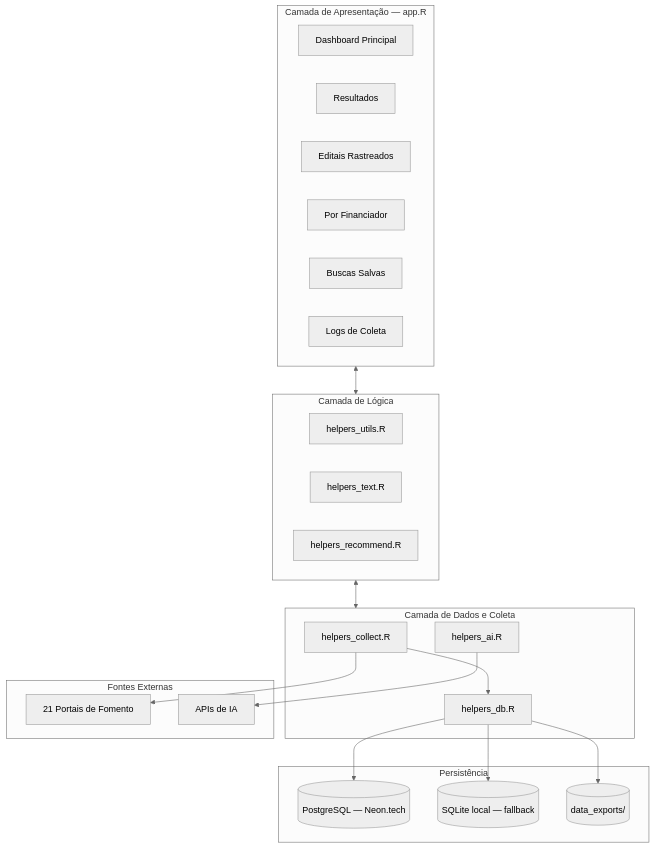
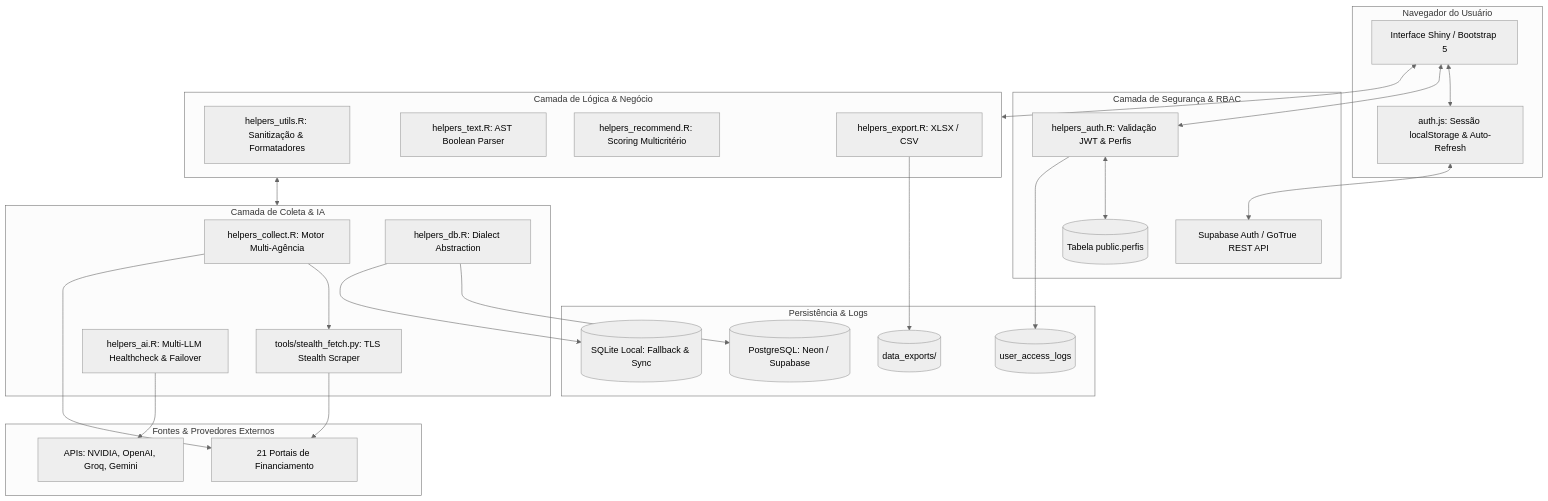
Before and after one commit to NEI-Senai-Cimatec/funding_intelligence: the diagram in README.md, drawn with Mermaid (neutral theme). The commit also changed other lines of this file and 6 other files, not shown here.

````diff
--- a/README.md
+++ b/README.md
@@ -73,43 +86,54 @@
 ```mermaid
 flowchart TD
-    subgraph UI [Camada de Apresentação — app.R]
-        Dashboard[Dashboard Principal]
-        TabResultados[Resultados]
-        TabRastreados[Editais Rastreados]
-        TabFinanciador[Por Financiador]
-        TabBuscas[Buscas Salvas]
-        TabLogs[Logs de Coleta]
+    subgraph Client [Navegador do Usuário]
+        UI[Interface Shiny / Bootstrap 5]
+        AuthJS[auth.js: Sessão localStorage & Auto-Refresh]
     end
 
-    subgraph Core [Camada de Lógica]
-        Utils[helpers_utils.R]
-        TextSearch[helpers_text.R]
-        Recommend[helpers_recommend.R]
+    subgraph Auth [Camada de Segurança & RBAC]
+        GoTrue[Supabase Auth / GoTrue REST API]
+        HelpersAuth[helpers_auth.R: Validação JWT & Perfis]
+        PerfisDB[(Tabela public.perfis)]
     end
 
-    subgraph Data [Camada de Dados e Coleta]
-        Collect[helpers_collect.R]
-        DB[helpers_db.R]
-        AI[helpers_ai.R]
+    subgraph Core [Camada de Lógica & Negócio]
+        Utils[helpers_utils.R: Sanitização & Formatadores]
+        TextSearch[helpers_text.R: AST Boolean Parser]
+        Recommend[helpers_recommend.R: Scoring Multicritério]
+        Export[helpers_export.R: XLSX / CSV]
     end
 
-    subgraph Storage [Persistência]
-        Neon[(PostgreSQL — Neon.tech)]
-        SQLite[(SQLite local — fallback)]
-        Exports[(data_exports/)]
+    subgraph Data [Camada de Coleta & IA]
+        Collect[helpers_collect.R: Motor Multi-Agência]
+        Stealth[tools/stealth_fetch.py: TLS Stealth Scraper]
+        DB[helpers_db.R: Dialect Abstraction]
+        AI[helpers_ai.R: Multi-LLM Healthcheck & Failover]
     end
 
-    subgraph External [Fontes Externas]
-        Fontes[21 Portais de Fomento]
-        LLMAPIs[APIs de IA]
+    subgraph Storage [Persistência & Logs]
+        Postgres[(PostgreSQL: Neon / Supabase)]
+        SQLite[(SQLite Local: Fallback & Sync)]
+        AuditLogs[(user_access_logs)]
+        ExportsDir[(data_exports/)]
     end
 
+    subgraph External [Fontes & Provedores Externos]
+        Portais[21 Portais de Financiamento]
+        LLMAPIs[APIs: NVIDIA, OpenAI, Groq, Gemini]
+    end
+
+    UI <--> AuthJS
+    AuthJS <--> GoTrue
+    UI <--> HelpersAuth
+    HelpersAuth <--> PerfisDB
+    HelpersAuth --> AuditLogs
     UI <--> Core
     Core <--> Data
-    Collect --> Fontes
+    Collect --> Stealth
+    Stealth --> Portais
+    Collect --> Portais
     AI --> LLMAPIs
-    DB --> Neon
+    DB --> Postgres
     DB --> SQLite
-    Collect --> DB
-    DB --> Exports
+    Export --> ExportsDir
 ```
````
